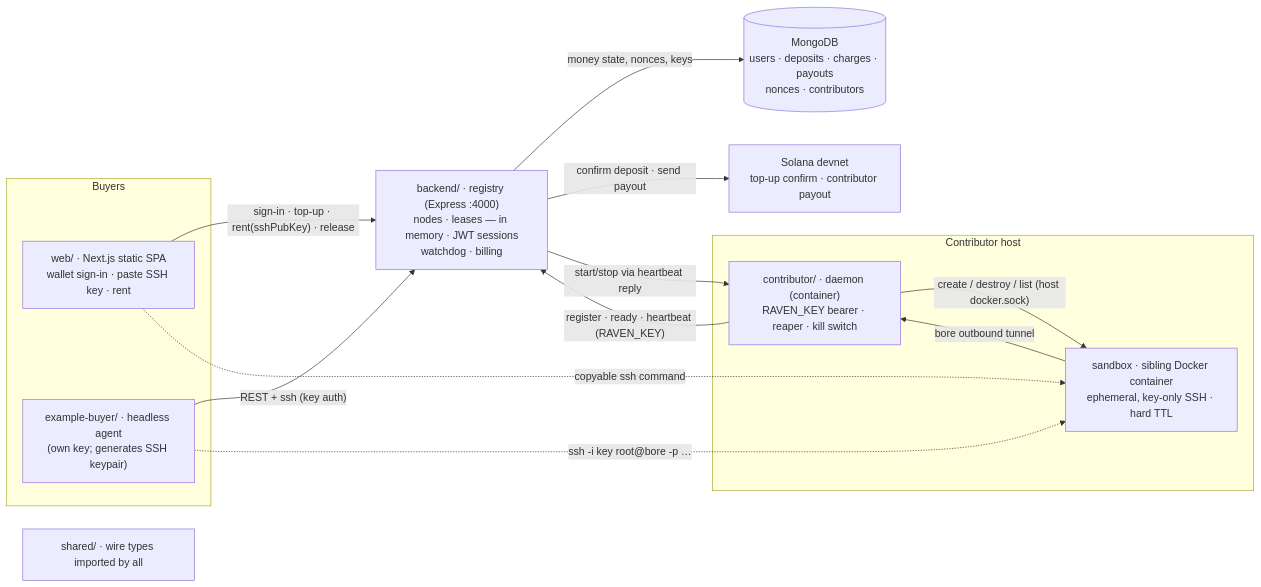
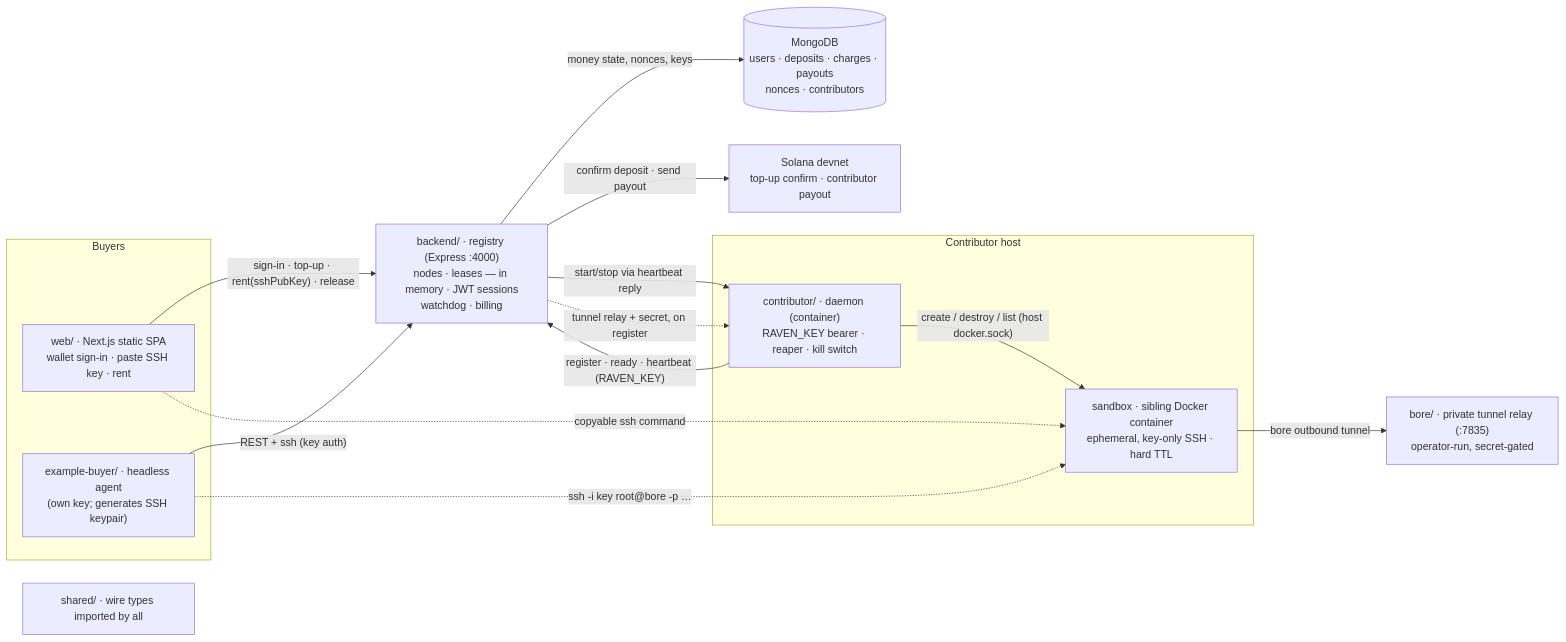
Before and after one commit to Koushikmondal06/RAVEN: the diagram in README.md, drawn with Mermaid. The commit also changed other lines of this file and 9 other files, not shown here.

Commit message:
feat(docs): update README to clarify tunnel relay usage

````diff
--- a/README.md
+++ b/README.md
@@ -11,30 +11,32 @@
 ```mermaid
 flowchart LR
     subgraph buyers [Buyers]
         web["web/ · Next.js static SPA<br/>wallet sign-in · paste SSH key · rent"]
         agent["example-buyer/ · headless agent<br/>(own key; generates SSH keypair)"]
     end
 
     registry["backend/ · registry (Express :4000)<br/>nodes · leases — in memory · JWT sessions<br/>watchdog · billing"]
 
     subgraph contribs [Contributor host]
         contributor["contributor/ · daemon (container)<br/>RAVEN_KEY bearer · reaper · kill switch"]
         sandbox["sandbox · sibling Docker container<br/>ephemeral, key-only SSH · hard TTL"]
     end
 
     mongo[("MongoDB<br/>users · deposits · charges · payouts<br/>nonces · contributors")]
     solana["Solana devnet<br/>top-up confirm · contributor payout"]
 
     web -- "sign-in · top-up · rent(sshPubKey) · release" --> registry
     agent -- "REST + ssh (key auth)" --> registry
     registry -- "money state, nonces, keys" --> mongo
     registry -- "confirm deposit · send payout" --> solana
     registry -- "start/stop via heartbeat reply" --> contributor
     contributor -- "register · ready · heartbeat (RAVEN_KEY)" --> registry
+    registry -. "tunnel relay + secret, on register" .-> contributor
     contributor -- "create / destroy / list (host docker.sock)" --> sandbox
-    sandbox -- "bore outbound tunnel" --> contributor
+    sandbox -- "bore outbound tunnel" --> relay
+    relay["bore/ · private tunnel relay (:7835)<br/>operator-run, secret-gated"]
     agent -. "ssh -i key root@bore -p …" .-> sandbox
     web -. "copyable ssh command" .-> sandbox
 
     shared["shared/ · wire types imported by all"]
 ```
````
